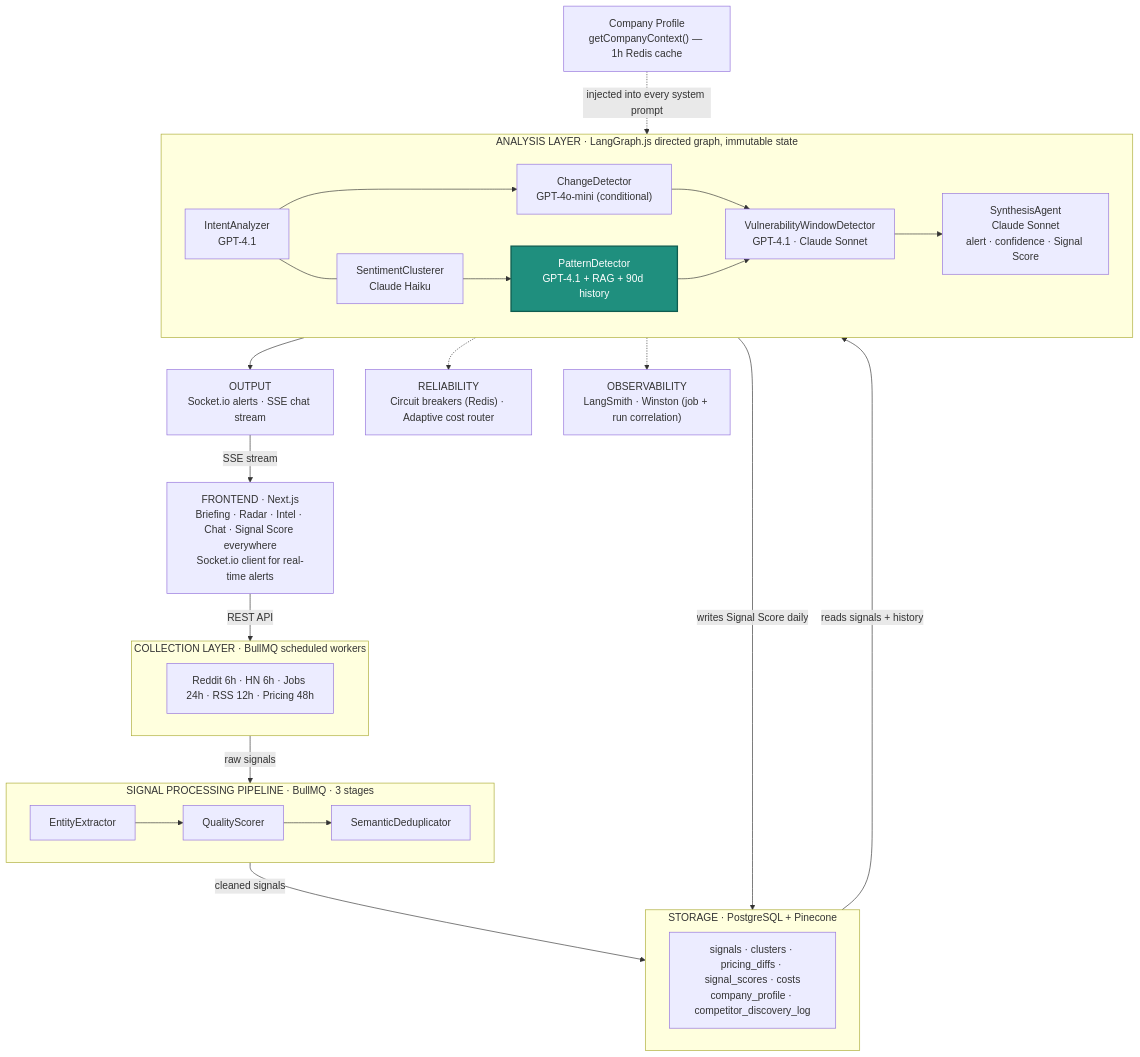
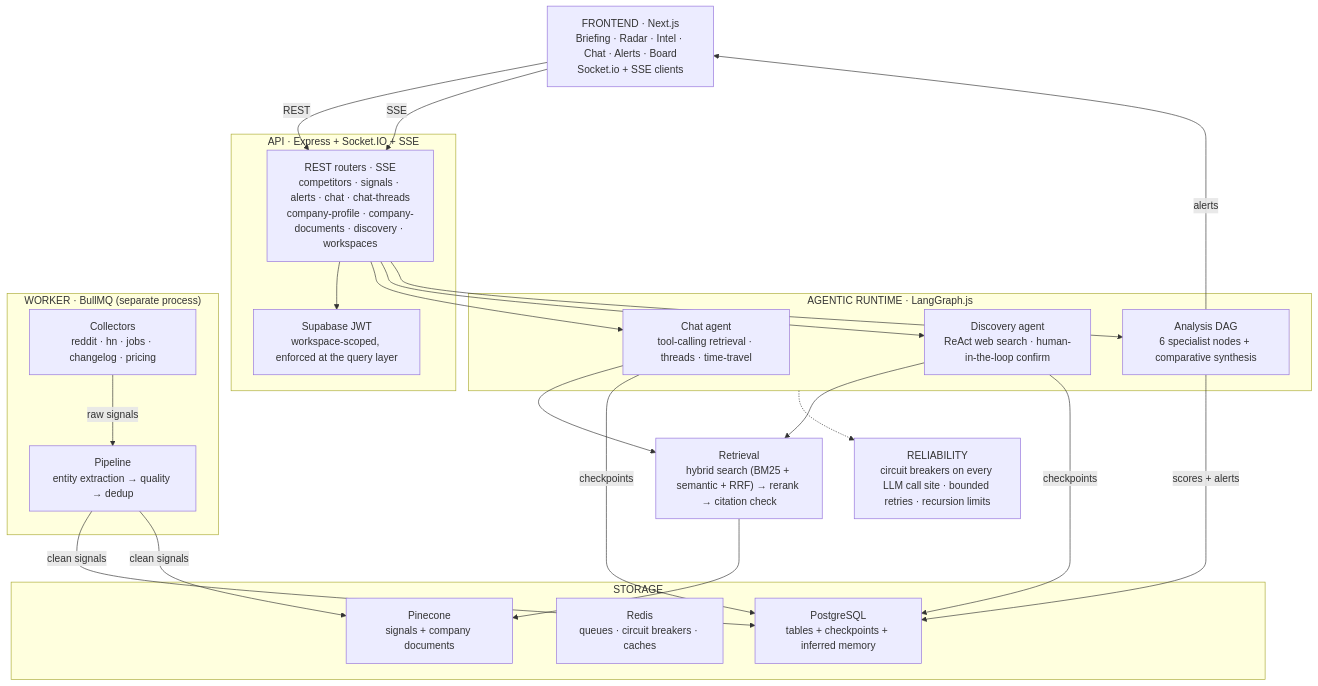
One commit to niloy-saha-123/Signal changed the diagram in README.md. Above: the diagram before and after it, drawn with Mermaid. The commit also changed other lines of this file, not shown here.

Commit message:
docs: rewrite README as a polished product doc (drop phase/roadmap history)

````diff
--- a/README.md
+++ b/README.md
@@ -71,51 +73,48 @@
 ```mermaid
 graph TB
-    FE["FRONTEND · Next.js<br/>Briefing · Radar · Intel · Chat · Signal Score everywhere<br/>Socket.io client for real-time alerts"]
+    FE["FRONTEND · Next.js<br/>Briefing · Radar · Intel · Chat · Alerts · Board<br/>Socket.io + SSE clients"]
 
-    subgraph Collection["COLLECTION LAYER · BullMQ scheduled workers"]
-        COL["Reddit 6h · HN 6h · Jobs 24h · RSS 12h · Pricing 48h"]
+    subgraph API["API · Express + Socket.IO + SSE"]
+        ROUTES["REST routers · SSE<br/>competitors · signals · alerts · chat · chat-threads<br/>company-profile · company-documents · discovery · workspaces"]
+        AUTH["Supabase JWT<br/>workspace-scoped, enforced at the query layer"]
     end
 
-    subgraph Pipeline["SIGNAL PROCESSING PIPELINE · BullMQ · 3 stages"]
-        EE[EntityExtractor] --> QS[QualityScorer] --> SD[SemanticDeduplicator]
+    subgraph AGENTS["AGENTIC RUNTIME · LangGraph.js"]
+        CHAT["Chat agent<br/>tool-calling retrieval · threads · time-travel"]
+        DISC["Discovery agent<br/>ReAct web search · human-in-the-loop confirm"]
+        ANAL["Analysis DAG<br/>6 specialist nodes + comparative synthesis"]
     end
 
-    subgraph Storage["STORAGE · PostgreSQL + Pinecone"]
-        ST["signals · clusters · pricing_diffs · signal_scores · costs<br/>company_profile · competitor_discovery_log"]
+    subgraph WORKER["WORKER · BullMQ (separate process)"]
+        COLLECT["Collectors<br/>reddit · hn · jobs · changelog · pricing"]
+        PIPE["Pipeline<br/>entity extraction → quality → dedup"]
     end
 
-    COMPANY["Company Profile<br/>getCompanyContext() — 1h Redis cache"]
+    RETRIEVAL["Retrieval<br/>hybrid search (BM25 + semantic + RRF) → rerank → citation check"]
 
-    subgraph Analysis["ANALYSIS LAYER · LangGraph.js directed graph, immutable state"]
-        IA["IntentAnalyzer<br/>GPT-4.1"]
-        SC["SentimentClusterer<br/>Claude Haiku"]
-        CD["ChangeDetector<br/>GPT-4o-mini (conditional)"]
-        PD["PatternDetector<br/>GPT-4.1 + RAG + 90d history"]
-        VW["VulnerabilityWindowDetector<br/>GPT-4.1 · Claude Sonnet"]
-        SY["SynthesisAgent<br/>Claude Sonnet<br/>alert · confidence · Signal Score"]
-
-        IA --- SC
-        IA --> CD
-        SC --> PD
-        CD --> VW
-        PD --> VW
-        VW --> SY
+    subgraph STORE["STORAGE"]
+        PG["PostgreSQL<br/>tables + checkpoints + inferred memory"]
+        REDIS["Redis<br/>queues · circuit breakers · caches"]
+        PINECONE["Pinecone<br/>signals + company documents"]
     end
 
-    OUT["OUTPUT<br/>Socket.io alerts · SSE chat stream"]
-    REL["RELIABILITY<br/>Circuit breakers (Redis) · Adaptive cost router"]
-    OBS["OBSERVABILITY<br/>LangSmith · Winston (job + run correlation)"]
+    REL["RELIABILITY<br/>circuit breakers on every LLM call site · bounded retries · recursion limits"]
 
-    FE -->|REST API| Collection
-    OUT -->|SSE stream| FE
-    Collection -->|raw signals| Pipeline
-    Pipeline -->|cleaned signals| Storage
-    Storage -->|reads signals + history| Analysis
-    Analysis -->|writes Signal Score daily| Storage
-    Analysis --> OUT
-    Analysis -.-> REL
-    Analysis -.-> OBS
-    COMPANY -.->|injected into every system prompt| Analysis
-
-    style PD fill:#1f8f7e,stroke:#0f5c50,stroke-width:2px,color:#fff
+    FE -->|REST| ROUTES
+    FE -->|SSE| ROUTES
+    ROUTES --> AUTH
+    ROUTES --> CHAT
+    ROUTES --> DISC
+    ROUTES --> ANAL
+    CHAT --> RETRIEVAL
+    DISC --> RETRIEVAL
+    RETRIEVAL --> PINECONE
+    CHAT -->|checkpoints| PG
+    DISC -->|checkpoints| PG
+    COLLECT -->|raw signals| PIPE
+    PIPE -->|clean signals| PG
+    PIPE -->|clean signals| PINECONE
+    ANAL -->|scores + alerts| PG
+    ANAL -->|alerts| FE
+    AGENTS -.-> REL
 ```
````
